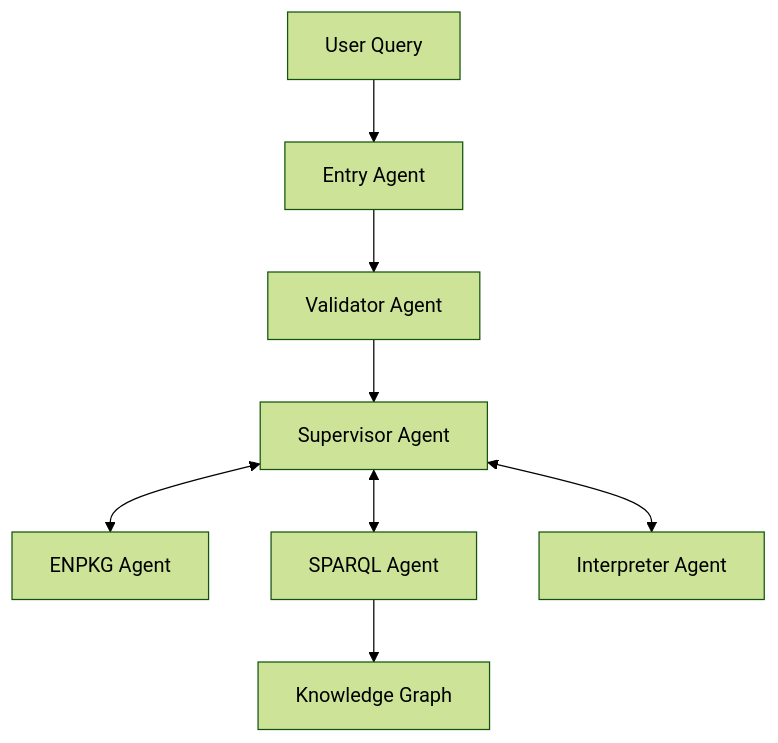
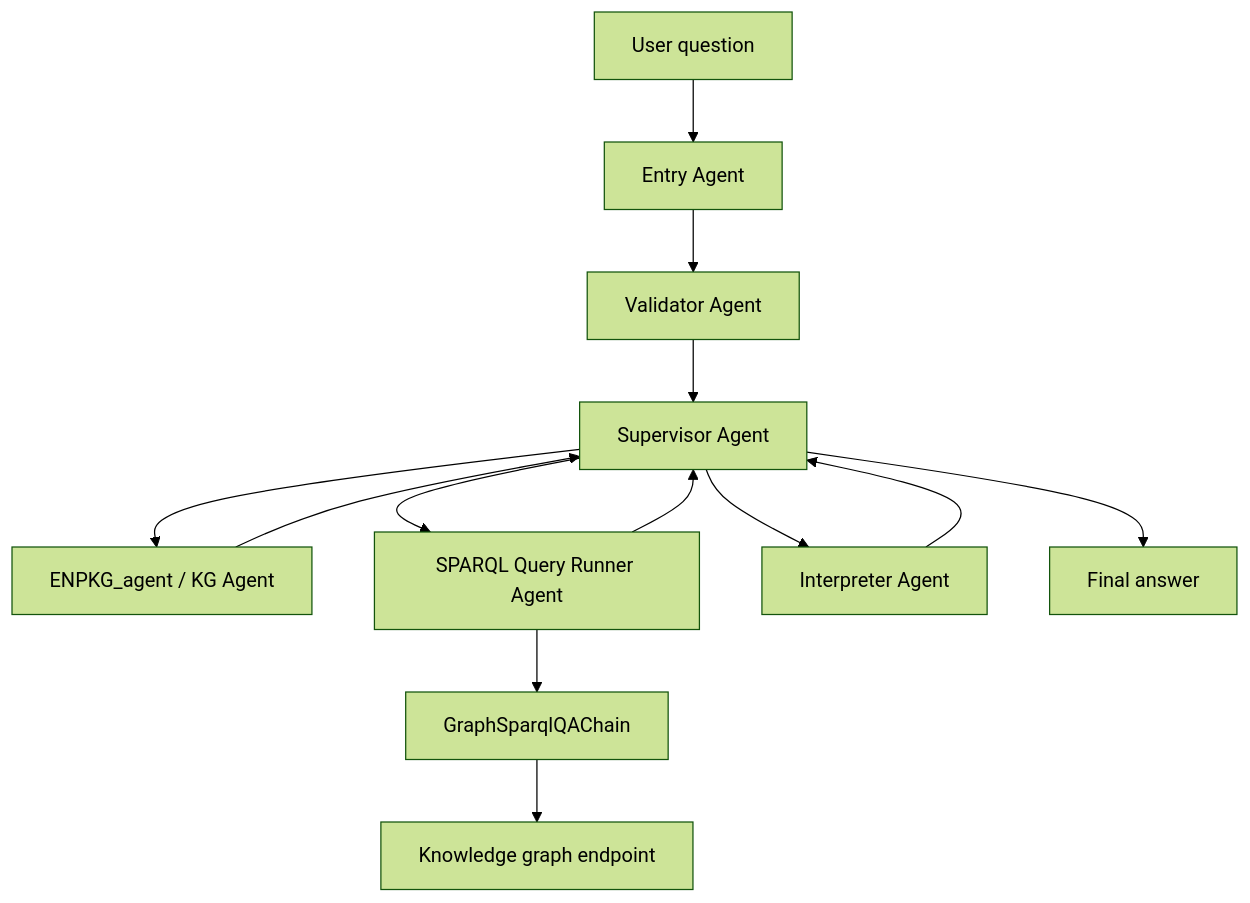
Before and after one commit to HolobiomicsLab/MetaboT: the first of 2 diagrams in docs/user-guide/overview.md, drawn with Mermaid (forest theme). The commit also changed other lines of this file and 10 other files, not shown here.

````diff
--- a/docs/user-guide/overview.md
+++ b/docs/user-guide/overview.md
@@ -9,12 +54,15 @@
 ```mermaid
-graph TB
-    A[User Query] --> B[Entry Agent]
-    B --> G[Validator Agent]
-    G --> C[Supervisor Agent]
-    C <--> D[ENPKG Agent]
-    C <--> E[SPARQL Agent]
-    C <--> F[Interpreter Agent]
-     E  --> H[Knowledge Graph]
-    
-   
+graph TD
+    A[User question] --> B[Entry Agent]
+    B --> C[Validator Agent]
+    C --> D[Supervisor Agent]
+    D --> E[ENPKG_agent / KG Agent]
+    D --> F[SPARQL Query Runner Agent]
+    F --> G[GraphSparqlQAChain]
+    G --> H[Knowledge graph endpoint]
+    D --> I[Interpreter Agent]
+    E --> D
+    F --> D
+    I --> D
+    D --> J[Final answer]
 ```
````
